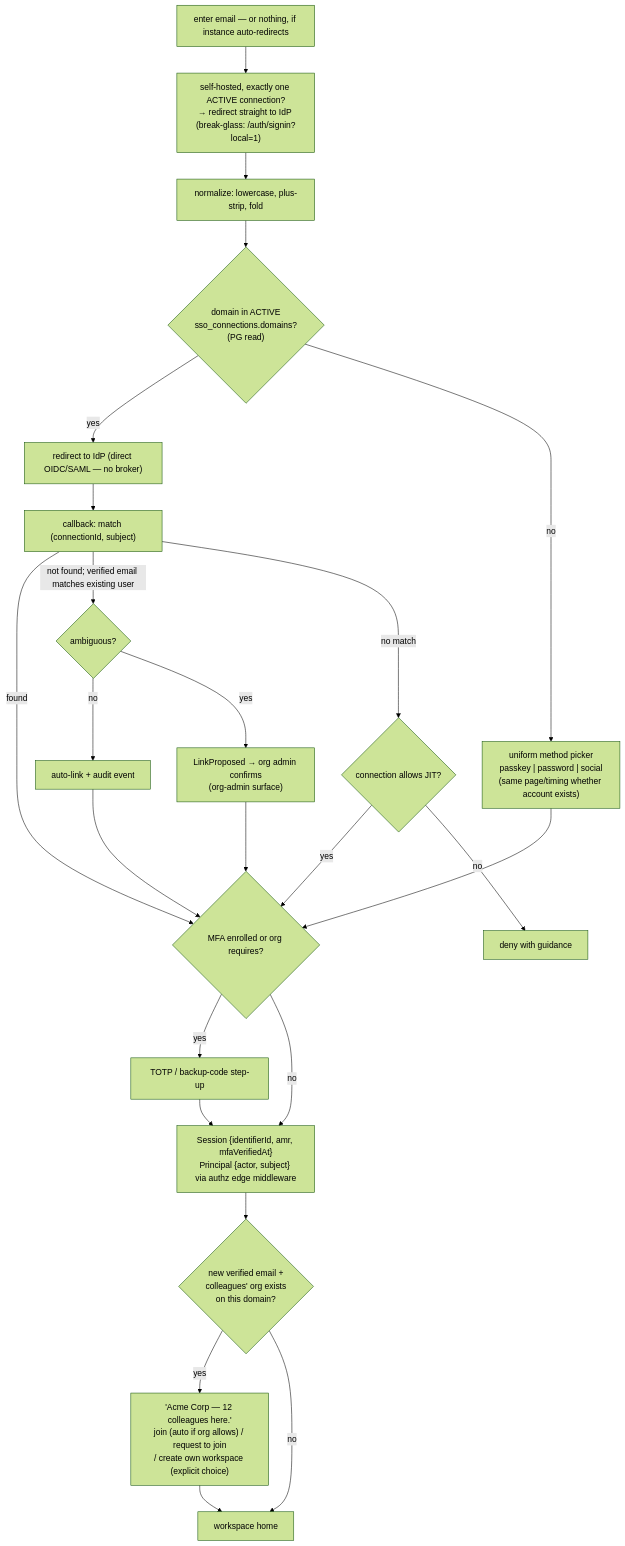
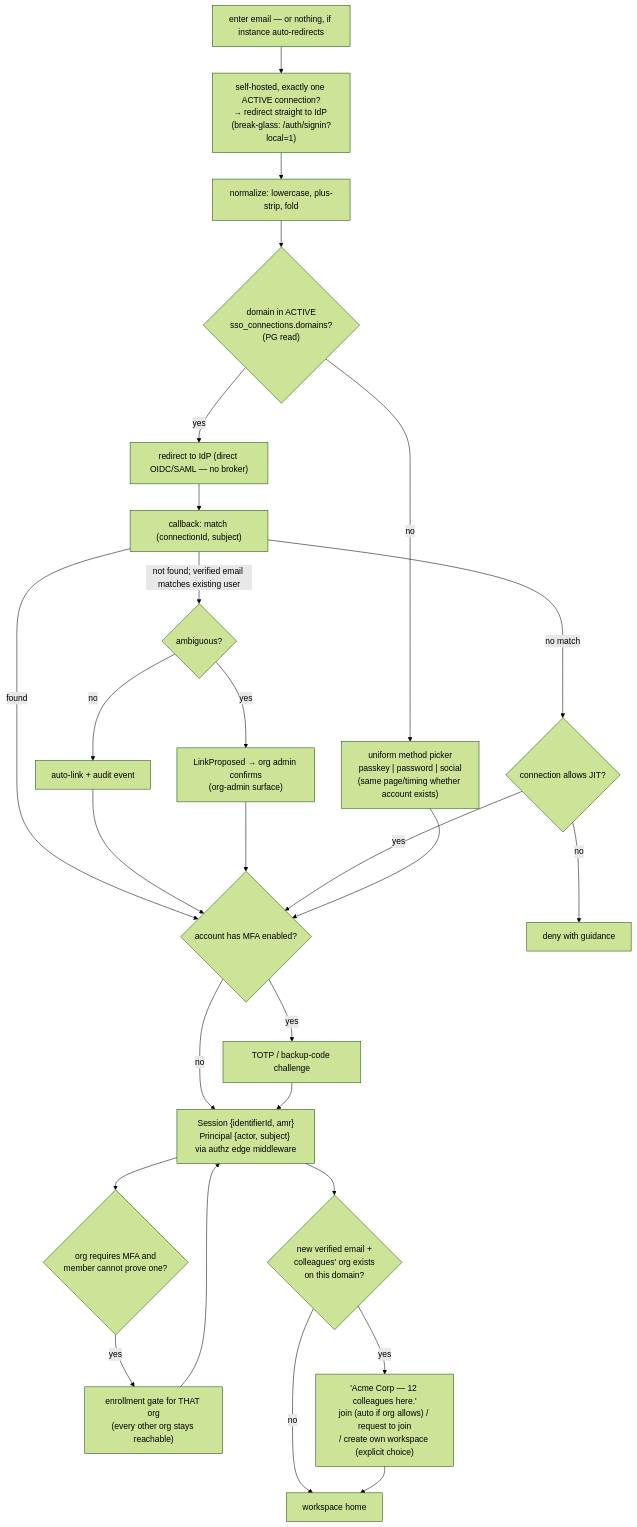
The third of 3 diagrams in dev/docs/identity-platform-redesign.md (langwatch/langwatch), drawn with Mermaid (forest theme) before and after one commit. The commit also changed other lines of this file and 5 other files, not shown here.

````diff
--- a/dev/docs/identity-platform-redesign.md
+++ b/dev/docs/identity-platform-redesign.md
@@ -247,24 +250,26 @@
 ```mermaid
 flowchart TD
     A[enter email — or nothing, if instance auto-redirects] --> B["self-hosted, exactly one ACTIVE connection?<br/>→ redirect straight to IdP (break-glass: /auth/signin?local=1)"]
     B --> C[normalize: lowercase, plus-strip, fold]
     C --> D{"domain in ACTIVE<br/>sso_connections.domains?<br/>(PG read)"}
     D -->|yes| E["redirect to IdP (direct OIDC/SAML — no broker)"]
     D -->|no| F["uniform method picker<br/>passkey | password | social<br/>(same page/timing whether account exists)"]
     E --> G["callback: match (connectionId, subject)"]
     G -->|found| H
     G -->|"not found; verified email matches existing user"| L{"ambiguous?"}
     L -->|no| LA["auto-link + audit event"] --> H
     L -->|yes| LP["LinkProposed → org admin confirms<br/>(org-admin surface)"] --> H
     G -->|no match| J{"connection allows JIT?"}
     J -->|yes| H
     J -->|no| X[deny with guidance]
-    F --> H{"MFA enrolled or org requires?"}
-    H -->|yes| I["TOTP / backup-code step-up"]
+    F --> H{"account has MFA enabled?"}
+    H -->|yes| I["TOTP / backup-code challenge"]
     H -->|no| K
-    I --> K["Session {identifierId, amr, mfaVerifiedAt}<br/>Principal {actor, subject} via authz edge middleware"]
+    I --> K["Session {identifierId, amr}<br/>Principal {actor, subject} via authz edge middleware"]
+    K --> MG{"org requires MFA and<br/>member cannot prove one?"}
+    MG -->|yes| MGE["enrollment gate for THAT org<br/>(every other org stays reachable)"] --> K
     K --> JR{"new verified email +<br/>colleagues' org exists<br/>on this domain?"}
     JR -->|yes| JRO["'Acme Corp — 12 colleagues here.'<br/>join (auto if org allows) / request to join<br/>/ create own workspace (explicit choice)"]
     JR -->|no| DONE[workspace home]
     JRO --> DONE
 ```
````
